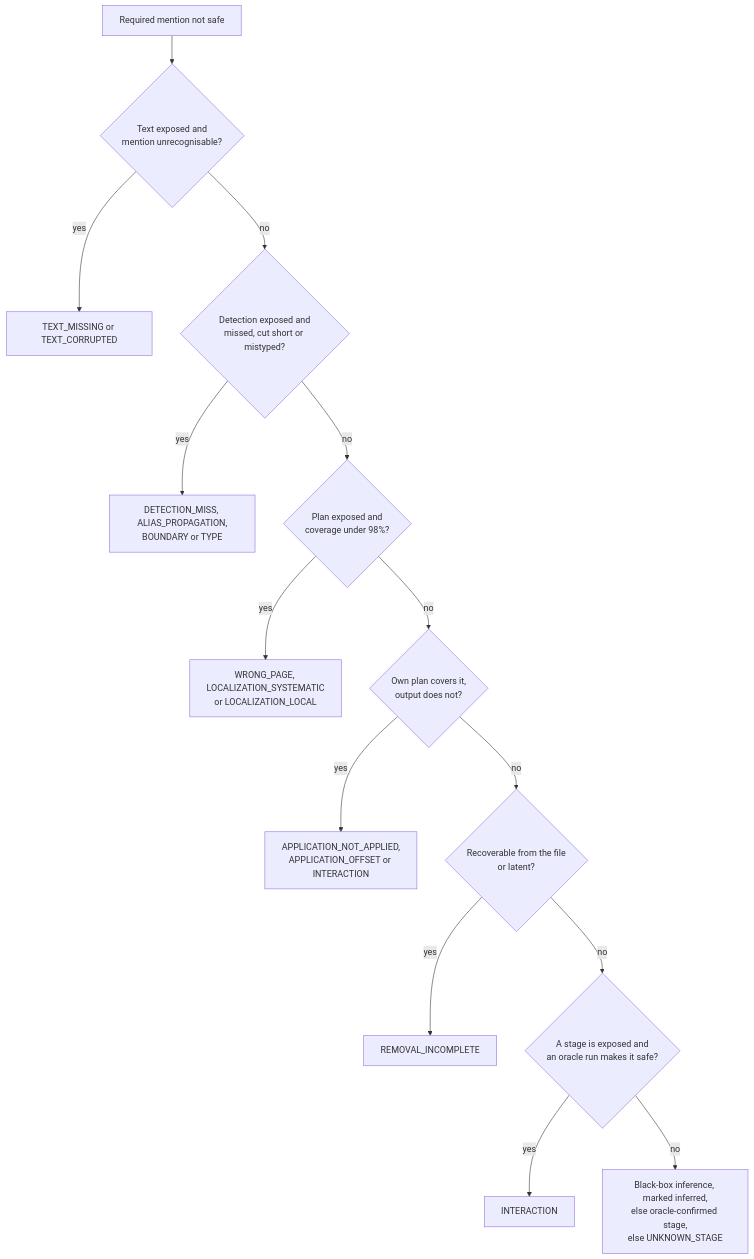
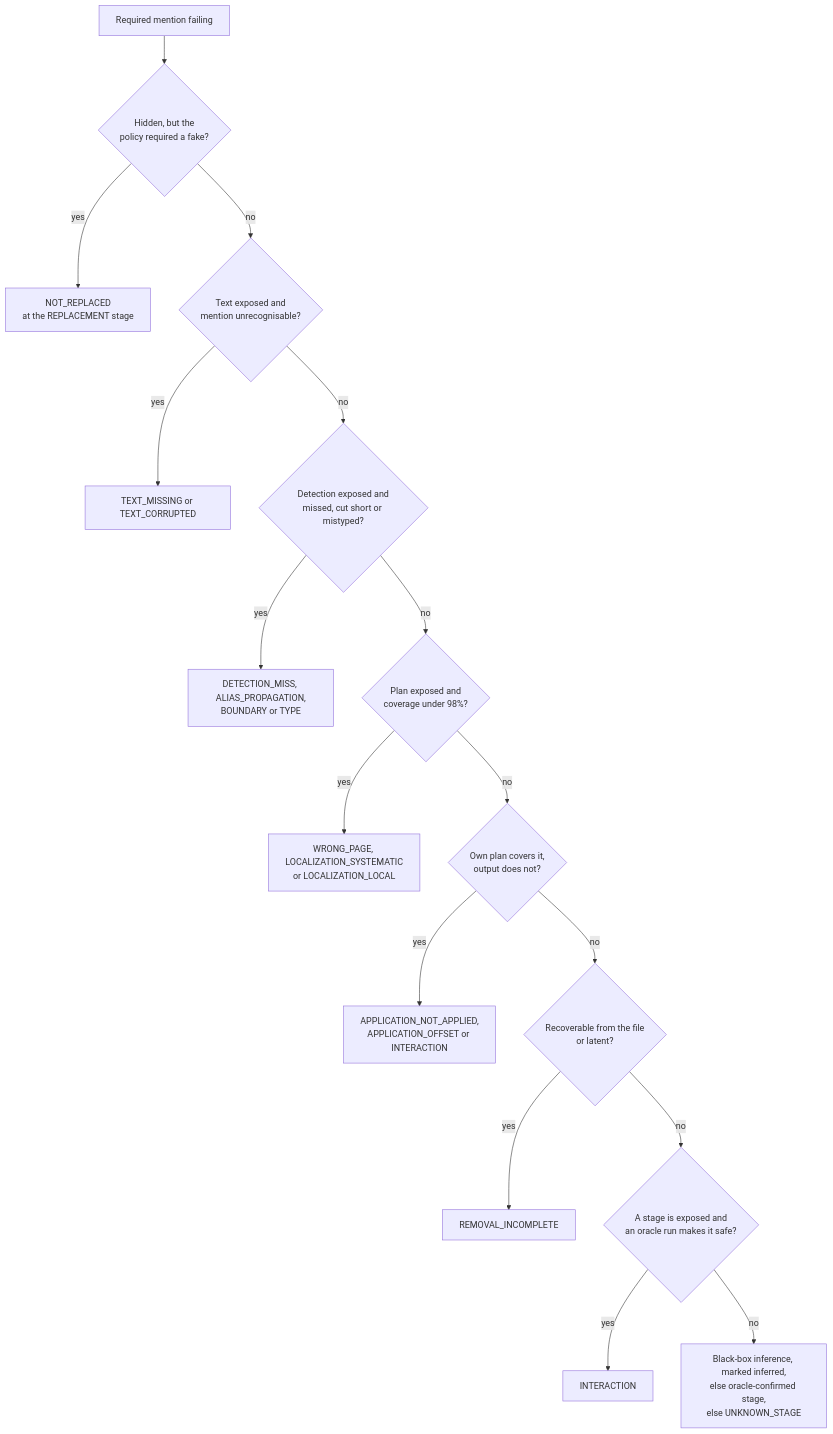
The seventh of 11 diagrams in ARCHITECTURE.md (anshdeshwal31/redaction_benchmark), drawn with Mermaid before and after one commit. The commit also changed other lines of this file and 4 other files, not shown here.

````diff
--- a/ARCHITECTURE.md
+++ b/ARCHITECTURE.md
@@ -325,16 +376,18 @@
 ```mermaid
 flowchart TD
-    f["Required mention not safe"] --> t{"Text exposed and<br/>mention unrecognisable?"}
+    f["Required mention failing"] --> nr{"Hidden, but the<br/>policy required a fake?"}
+    nr -->|"yes"| NR["NOT_REPLACED<br/>at the REPLACEMENT stage"]
+    nr -->|"no"| t{"Text exposed and<br/>mention unrecognisable?"}
     t -->|"yes"| T["TEXT_MISSING or TEXT_CORRUPTED"]
     t -->|"no"| d{"Detection exposed and<br/>missed, cut short or mistyped?"}
     d -->|"yes"| D["DETECTION_MISS, ALIAS_PROPAGATION,<br/>BOUNDARY or TYPE"]
     d -->|"no"| l{"Plan exposed and<br/>coverage under 98%?"}
     l -->|"yes"| L["WRONG_PAGE, LOCALIZATION_SYSTEMATIC<br/>or LOCALIZATION_LOCAL"]
     l -->|"no"| a{"Own plan covers it,<br/>output does not?"}
     a -->|"yes"| A["APPLICATION_NOT_APPLIED,<br/>APPLICATION_OFFSET or INTERACTION"]
     a -->|"no"| r{"Recoverable from the file<br/>or latent?"}
     r -->|"yes"| R["REMOVAL_INCOMPLETE"]
     r -->|"no"| x{"A stage is exposed and<br/>an oracle run makes it safe?"}
     x -->|"yes"| I["INTERACTION"]
     x -->|"no"| U["Black-box inference, marked inferred,<br/>else oracle-confirmed stage,<br/>else UNKNOWN_STAGE"]
 ```
````
